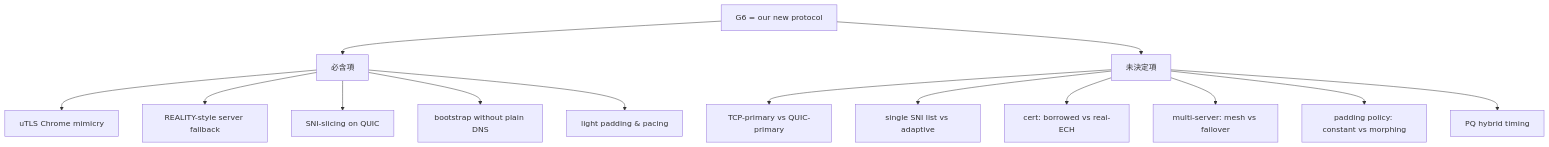
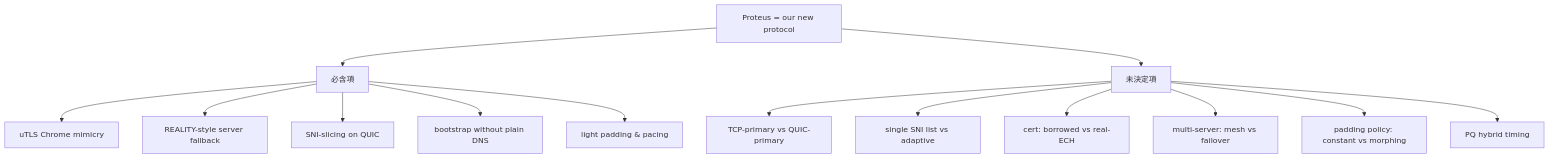
Before and after one commit to Icarus603/network-from-scratch: the diagram in lessons/part-9-gfw-research/9.14-gfw-implications-for-design.md, drawn with Mermaid. The commit also changed other lines of this file and 300 other files, not shown here.

````diff
--- a/lessons/part-9-gfw-research/9.14-gfw-implications-for-design.md
+++ b/lessons/part-9-gfw-research/9.14-gfw-implications-for-design.md
@@ -316,17 +316,17 @@
 ```mermaid
 flowchart TD
-  A[G6 = our new protocol] --> B[必含項]
+  A[Proteus = our new protocol] --> B[必含項]
   A --> C[未決定項]
   B --> B1[uTLS Chrome mimicry]
   B --> B2[REALITY-style server fallback]
   B --> B3[SNI-slicing on QUIC]
   B --> B4[bootstrap without plain DNS]
   B --> B5[light padding & pacing]
   C --> C1[TCP-primary vs QUIC-primary]
   C --> C2[single SNI list vs adaptive]
   C --> C3[cert: borrowed vs real-ECH]
   C --> C4[multi-server: mesh vs failover]
   C --> C5[padding policy: constant vs morphing]
   C --> C6[PQ hybrid timing]
   classDef ours fill:#fde,stroke:#c39
 ```
````
